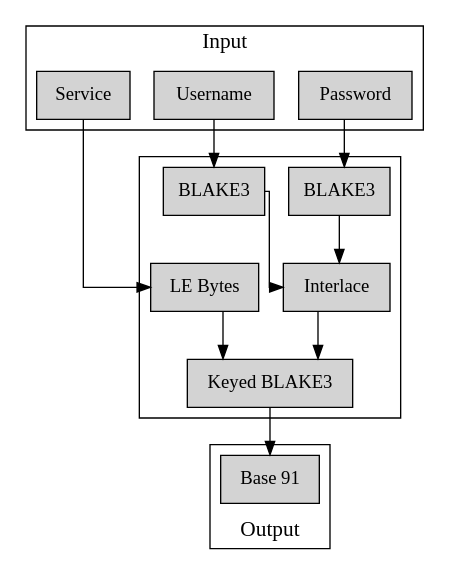
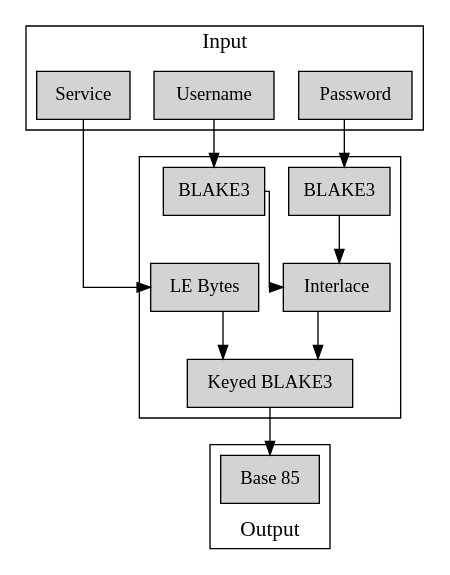
Before and after one commit to mbednarek360/passplexer: the diagram in diagram.dot, drawn with Graphviz. The commit also changed 1 other file, not shown here.

```diff
--- a/diagram.dot
+++ b/diagram.dot
@@ -1,59 +1,59 @@
 digraph d {
 
     // settings
     graph [fontsize=16 compound=true, splines=ortho];
     node [shape=rect fontsize=14, style=filled];
 
     // inputs
     subgraph cluster_input {
 
         // label
         label = "Input";
 
         // input nodes
         s [label = "Service"];
         u [label = "Username"];
         p [label = "Password"];
 
 
     }
 
     // hashes
     subgraph cluster_hash {
 
         // hash nodes
         uh [label = "BLAKE3"];
         ph [label = "BLAKE3"];
 
         // hash inputs
         // s -> {sh, uh}
         u -> {uh}
         p -> {ph}
 
         // interlace
         i [label = "Interlace"];
         uh -> i
         ph -> i
 
         // salt gen
         sg [label = "LE Bytes"];
         s -> sg;
 
         // final hash
         fh [label = "Keyed BLAKE3"];
         i -> fh
         sg -> fh;
     }
 
     // output
     subgraph cluster_output {
 
         // label
         label = "Output"
         labelloc="b"
 
         // encoding
-        out [label = "Base 91"];
+        out [label = "Base 85"];
         fh -> out;
     }
 }
```
